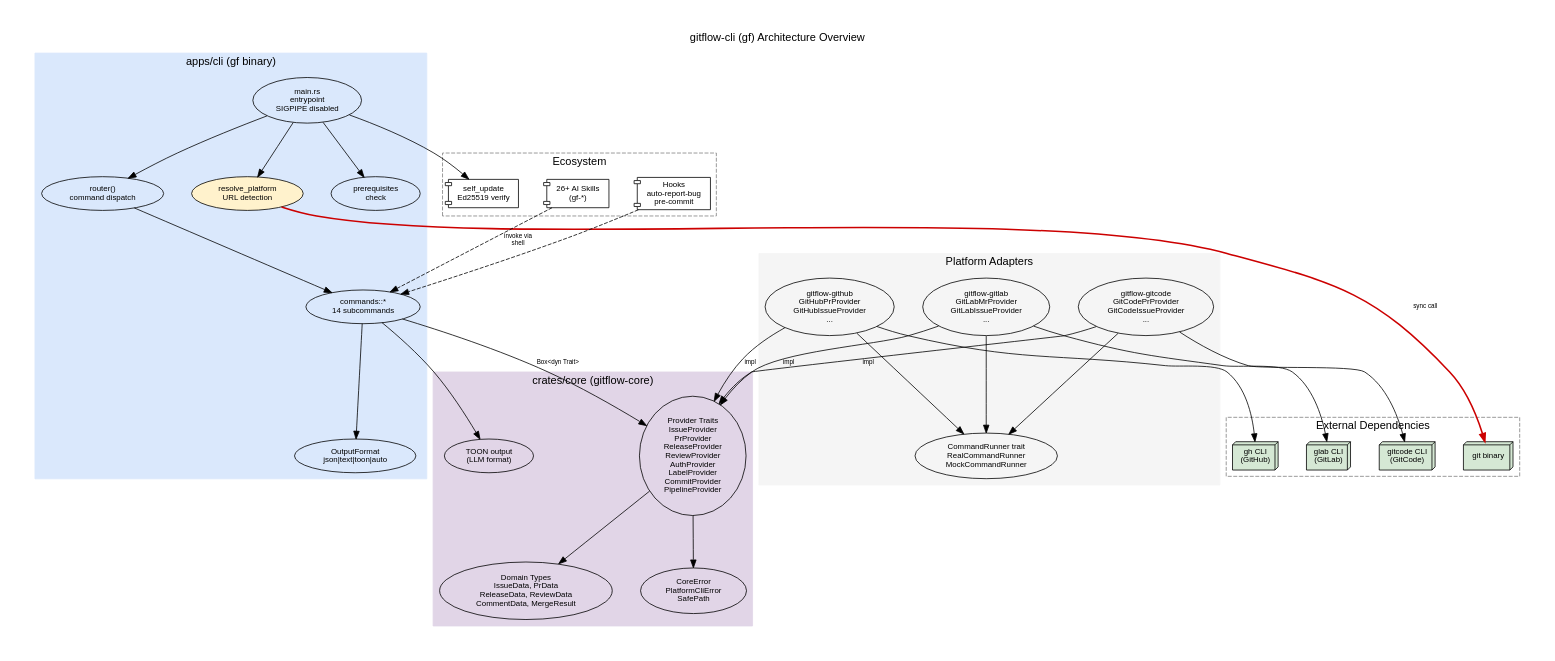
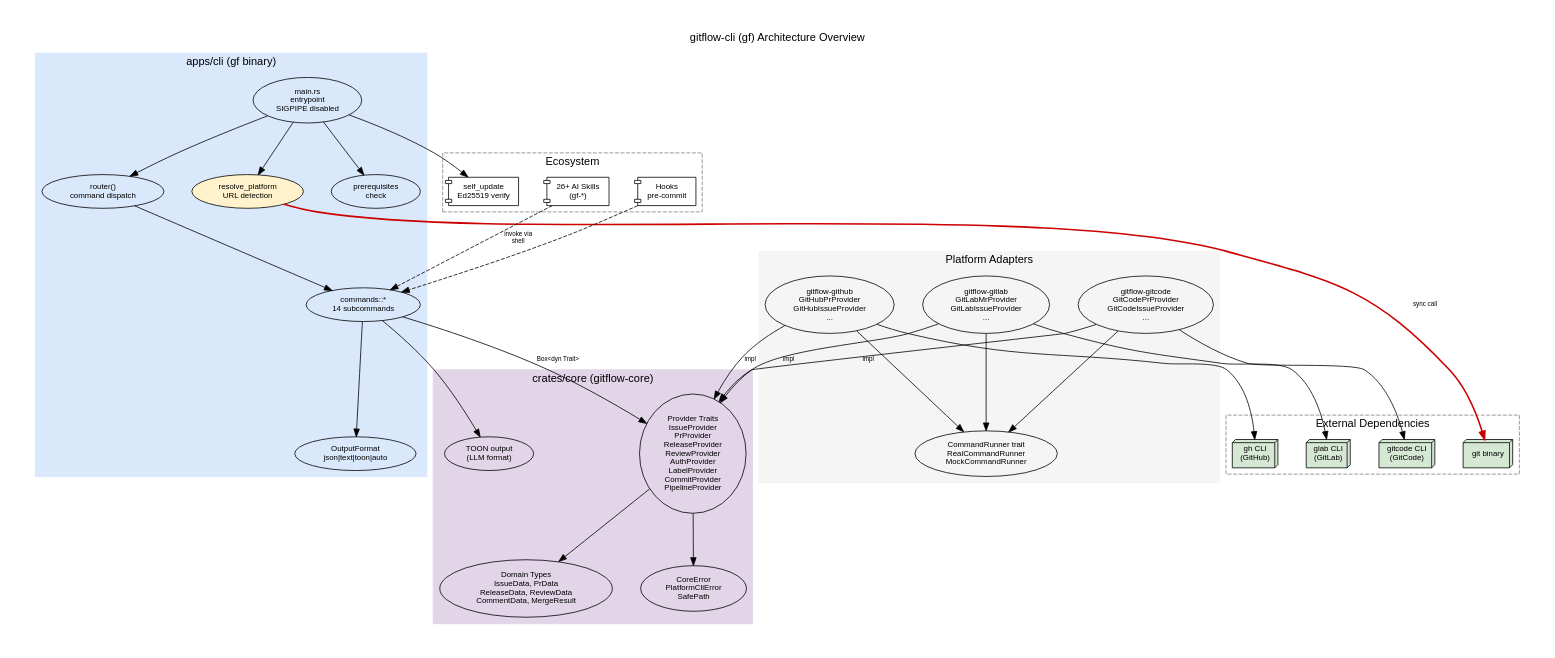
The diagram in docs/architecture-diagram.dot (byx-darwin/gitflow-cli), drawn with Graphviz before and after one commit. The commit also changed 6 other files, not shown here.

First line of the commit message:
fix: remove remaining dead bug-report producer and stale design-spec references

```diff
--- a/docs/architecture-diagram.dot
+++ b/docs/architecture-diagram.dot
@@ -1,94 +1,94 @@
 digraph gitflow_architecture {
     rankdir=TB;
     fontname="Helvetica";
     node [fontname="Helvetica", fontsize=10];
     edge [fontname="Helvetica", fontsize=8];
     label="gitflow-cli (gf) Architecture Overview";
     labelloc=t;
     fontsize=14;
     nodesep=0.5;
     ranksep=0.8;
     pad=0.4;
 
     // ── CLI Layer ──
     subgraph cluster_cli {
         label="apps/cli (gf binary)";
         style=filled;
         color="#dae8fc";
         main_rs [label="main.rs\nentrypoint\nSIGPIPE disabled"];
         router [label="router()\ncommand dispatch"];
         prereqs [label="prerequisites\ncheck"];
         platform_detect [label="resolve_platform\nURL detection", style=filled, fillcolor="#fff2cc"];
         commands [label="commands::*\n14 subcommands"];
         output_fmt [label="OutputFormat\njson|text|toon|auto"];
 
         main_rs -> router;
         main_rs -> platform_detect;
         main_rs -> prereqs;
         router -> commands;
         commands -> output_fmt;
     }
 
     // ── Ecosystem ──
     subgraph cluster_ecosystem {
         label="Ecosystem";
         style=dashed;
         color=gray;
         skills [label="26+ AI Skills\n(gf-*)", shape=component];
-        hooks [label="Hooks\nauto-report-bug\npre-commit", shape=component];
+        hooks [label="Hooks\npre-commit", shape=component];
         self_update [label="self_update\nEd25519 verify", shape=component];
     }
 
     // ─ Core Layer ──
     subgraph cluster_core {
         label="crates/core (gitflow-core)";
         style=filled;
         color="#e1d5e7";
         traits [label="Provider Traits\nIssueProvider\nPrProvider\nReleaseProvider\nReviewProvider\nAuthProvider\nLabelProvider\nCommitProvider\nPipelineProvider"];
         domain [label="Domain Types\nIssueData, PrData\nReleaseData, ReviewData\nCommentData, MergeResult"];
         errors [label="CoreError\nPlatformCliError\nSafePath"];
         toon [label="TOON output\n(LLM format)"];
 
         traits -> domain;
         traits -> errors;
     }
 
     // ─ Adapter Layer ──
     subgraph cluster_adapters {
         label="Platform Adapters";
         style=filled;
         color="#f5f5f5";
         github_adapter [label="gitflow-github\nGitHubPrProvider\nGitHubIssueProvider\n..."];
         gitlab_adapter [label="gitflow-gitlab\nGitLabMrProvider\nGitLabIssueProvider\n..."];
         gitcode_adapter [label="gitflow-gitcode\nGitCodePrProvider\nGitCodeIssueProvider\n..."];
         runner_trait [label="CommandRunner trait\nRealCommandRunner\nMockCommandRunner"];
     }
 
     // ── External Dependencies ──
     subgraph cluster_external {
         label="External Dependencies";
         style=dashed;
         color=gray;
         gh [label="gh CLI\n(GitHub)", shape=box3d, style=filled, fillcolor="#d5e8d4"];
         glab [label="glab CLI\n(GitLab)", shape=box3d, style=filled, fillcolor="#d5e8d4"];
         gitcode_cli [label="gitcode CLI\n(GitCode)", shape=box3d, style=filled, fillcolor="#d5e8d4"];
         git_bin [label="git binary", shape=box3d, style=filled, fillcolor="#d5e8d4"];
     }
 
     // ── Main Dependency Edges ──
     commands -> traits [label="Box<dyn Trait>"];
     commands -> toon;
     github_adapter -> traits [label="impl"];
     gitlab_adapter -> traits [label="impl"];
     gitcode_adapter -> traits [label="impl"];
     github_adapter -> runner_trait;
     gitlab_adapter -> runner_trait;
     gitcode_adapter -> runner_trait;
     github_adapter -> gh;
     gitlab_adapter -> glab;
     gitcode_adapter -> gitcode_cli;
     platform_detect -> git_bin [label="sync call", style=bold, color="#cc0000"];
     skills -> commands [label="invoke via\nshell", style=dashed];
     hooks -> commands [style=dashed];
     main_rs -> self_update;
 }
```
